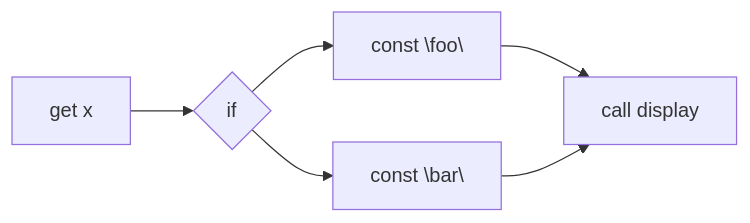
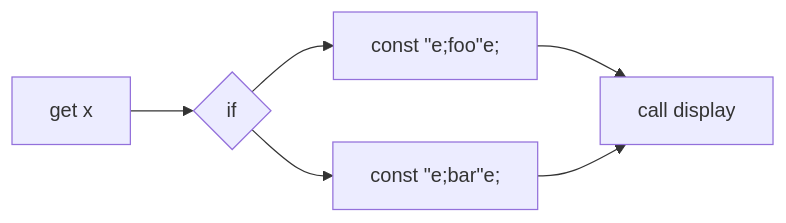
One commit to raviqqe/doc changed the diagram in slides/papers/stak-scheme/if-instruction.mmd. Above: the diagram before and after it, drawn with Mermaid.

```diff
--- a/slides/papers/stak-scheme/if-instruction.mmd
+++ b/slides/papers/stak-scheme/if-instruction.mmd
@@ -1,5 +1,5 @@
 flowchart LR
   c0[get x] --> c1{if}
-  c1 --> c2["const \"foo\""] --> c4
-  c1 --> c3["const \"bar\""] --> c4
+  c1 --> c2[const #quote;foo#quote;] --> c4
+  c1 --> c3[const #quote;bar#quote;] --> c4
   c4[call display]
```
